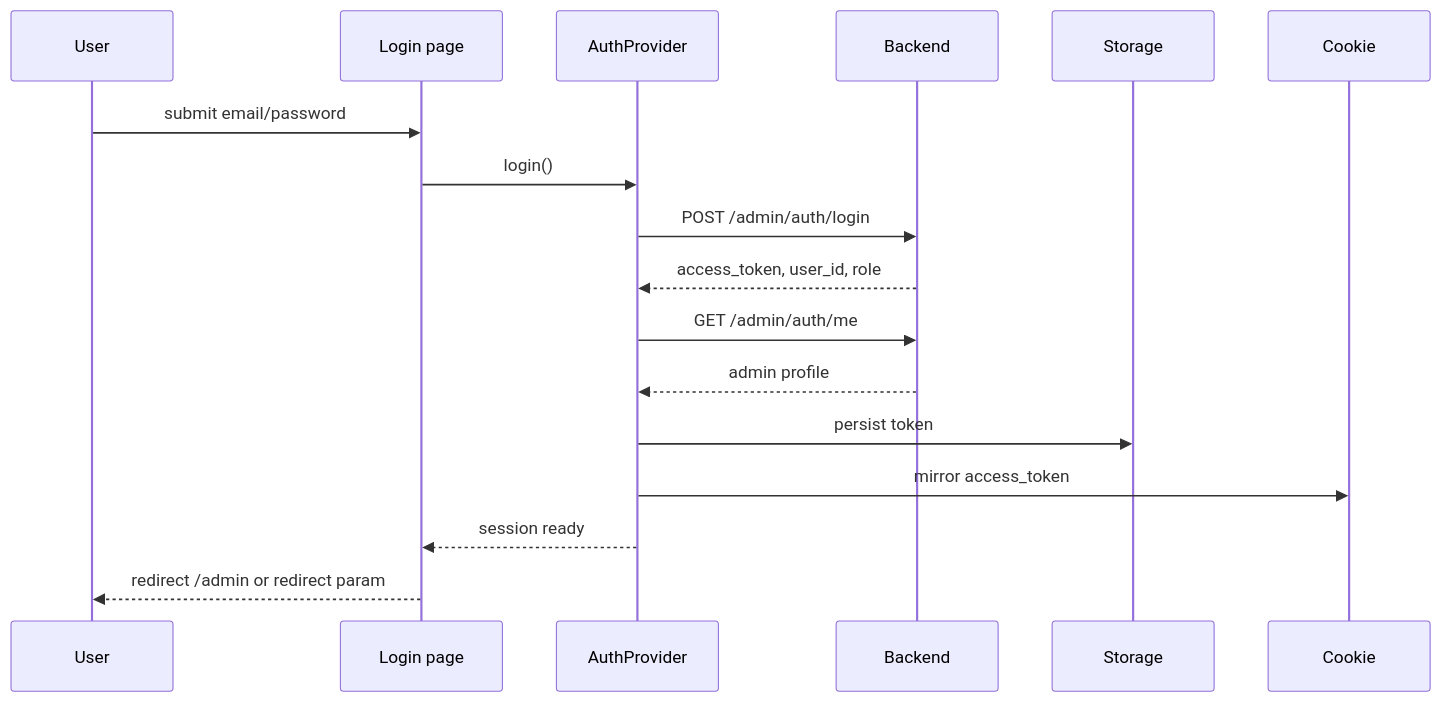
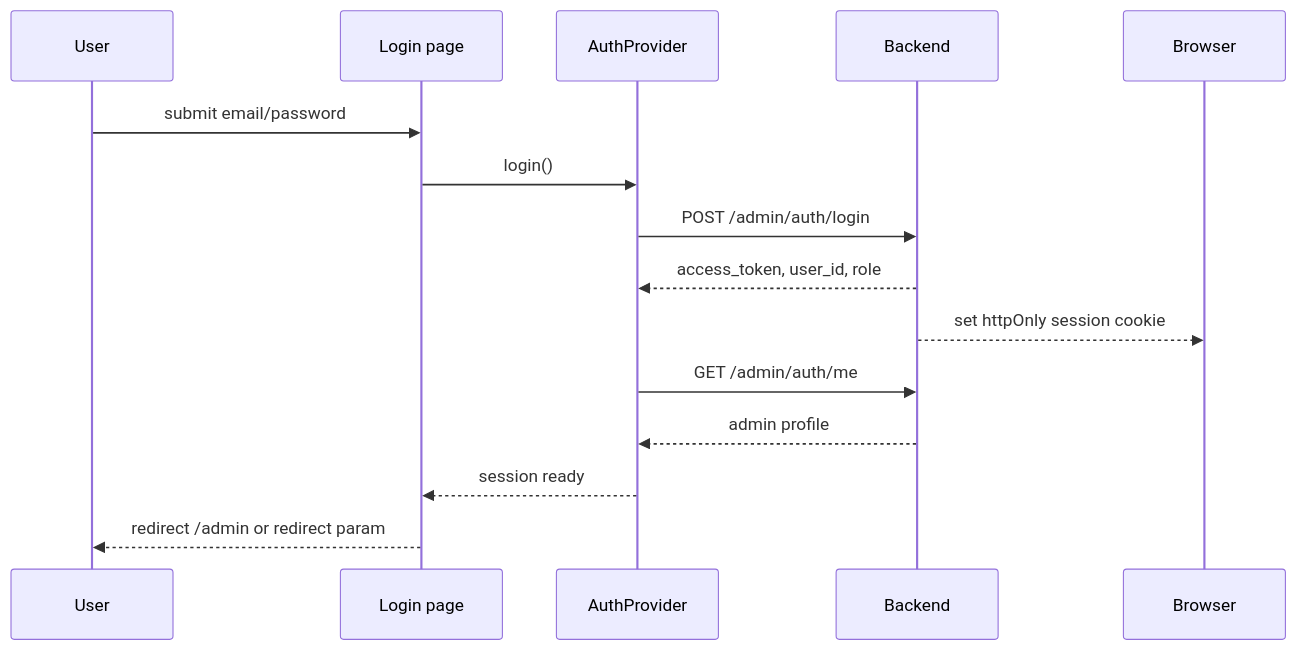
The second of 4 diagrams in frontend/docs/integration.md (MicroClub-USTHB/multAI), drawn with Mermaid before and after one commit. The commit also changed other lines of this file and 2 other files, not shown here.

Commit message:
fix(auth): use backend session cookie

````diff
--- a/frontend/docs/integration.md
+++ b/frontend/docs/integration.md
@@ -54,18 +53,17 @@
 ```mermaid
 sequenceDiagram
   participant User
   participant UI as Login page
   participant Auth as AuthProvider
   participant API as Backend
 
   User->>UI: submit email/password
   UI->>Auth: login()
   Auth->>API: POST /admin/auth/login
   API-->>Auth: access_token, user_id, role
+  API-->>Browser: set httpOnly session cookie
   Auth->>API: GET /admin/auth/me
   API-->>Auth: admin profile
-  Auth->>Storage: persist token
-  Auth->>Cookie: mirror access_token
   Auth-->>UI: session ready
   UI-->>User: redirect /admin or redirect param
 ```
````
